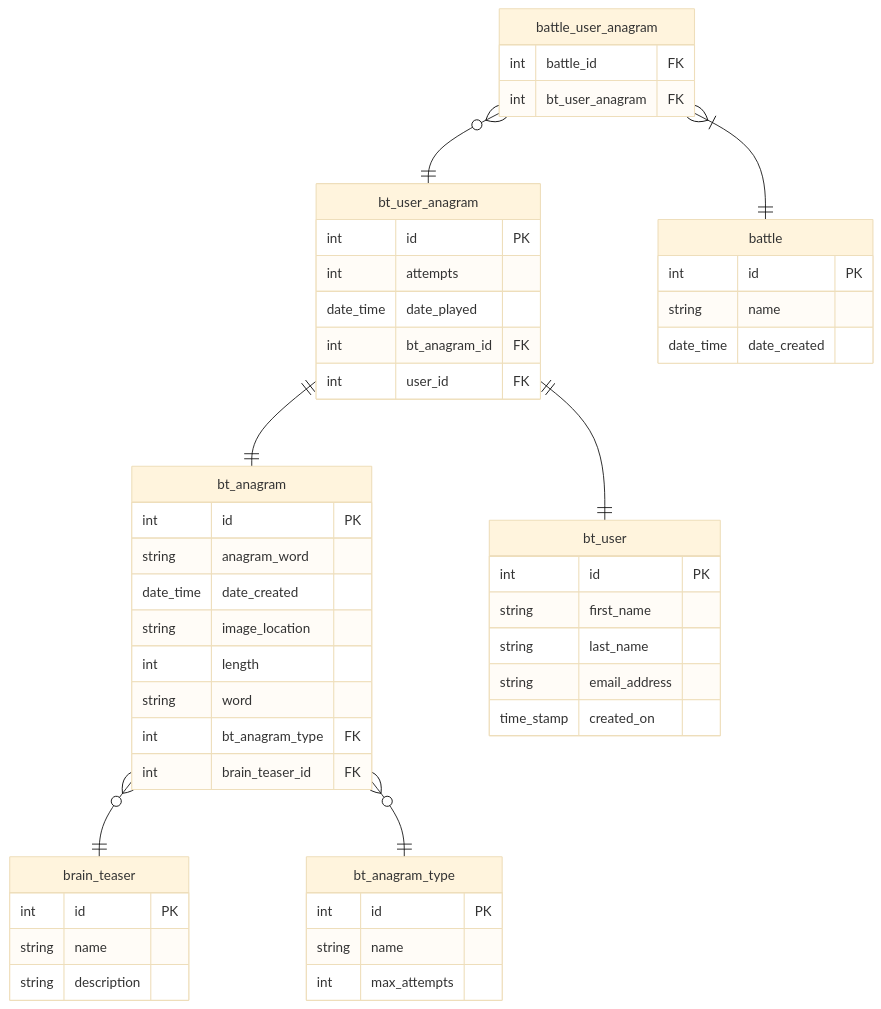
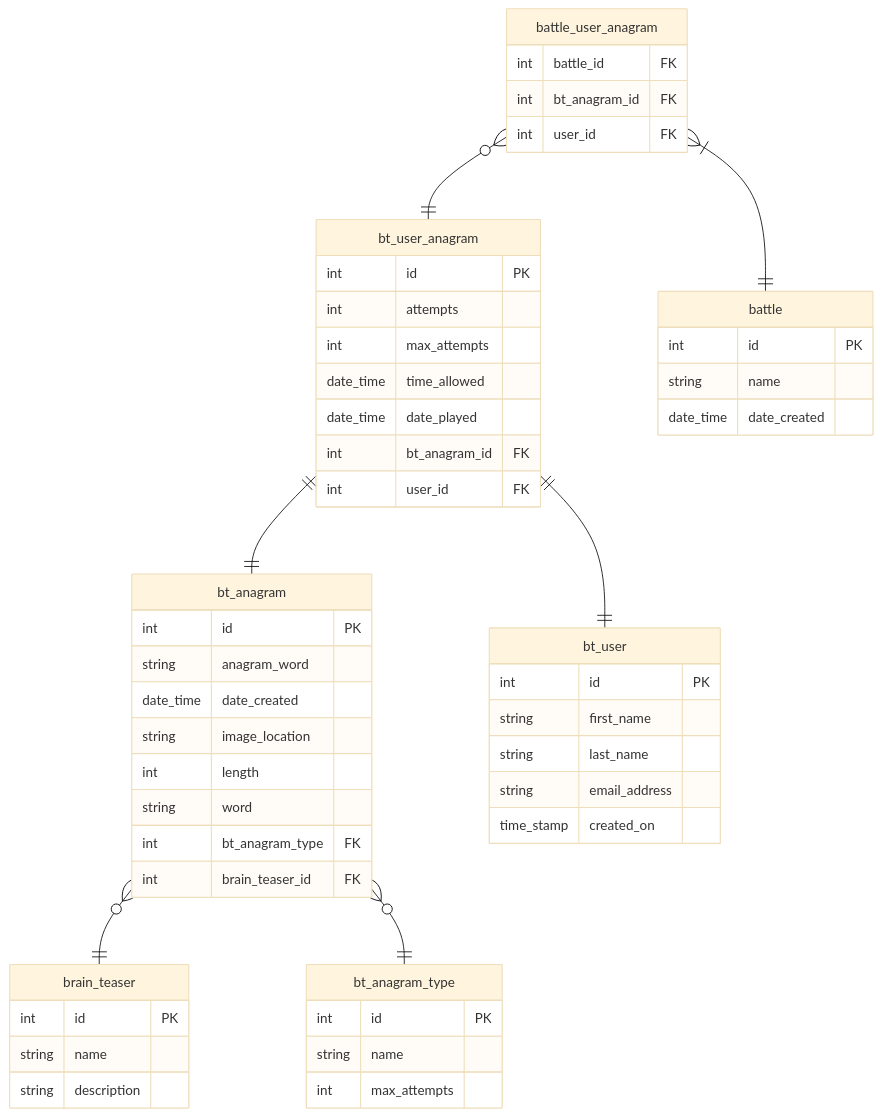
Before and after one commit to seanjamescurrie/bananagrams: the third of 3 diagrams in README.md, drawn with Mermaid (base theme).

Commit message:
update bt_anagram ReadMe.md

````diff
--- a/README.md
+++ b/README.md
@@ -149,63 +149,66 @@
 ```mermaid
 erDiagram
 
   bt_anagram }o--|| brain_teaser : ""  
   bt_anagram }o--|| bt_anagram_type : ""
   bt_user_anagram ||--|| bt_user : ""
   bt_user_anagram ||--|| bt_anagram : ""
   battle_user_anagram }|--|| battle : ""
   battle_user_anagram }o--|| bt_user_anagram : ""
   
   brain_teaser {
     int id PK
     string name
     string description
   }
   
   bt_anagram {
     int id PK
     string anagram_word
     date_time date_created
     string image_location
     int length
     string word
     int bt_anagram_type FK
     int brain_teaser_id FK
   }
   
   bt_anagram_type {
     int id PK
     string name
     int max_attempts
   }
   
   bt_user_anagram {
     int id PK
     int attempts
+    int max_attempts
+    date_time time_allowed
     date_time date_played
     int bt_anagram_id FK
     int user_id FK
   }
   
   battle {
     int id PK
     string name
     date_time date_created
   }
   
   bt_user {
     int id PK
     string first_name
     string last_name
     string email_address
     time_stamp created_on
   }
   
   battle_user_anagram {
     int battle_id FK
-    int bt_user_anagram FK
+    int bt_anagram_id FK
+    int user_id FK
   }
   
   
 
 ```
````
